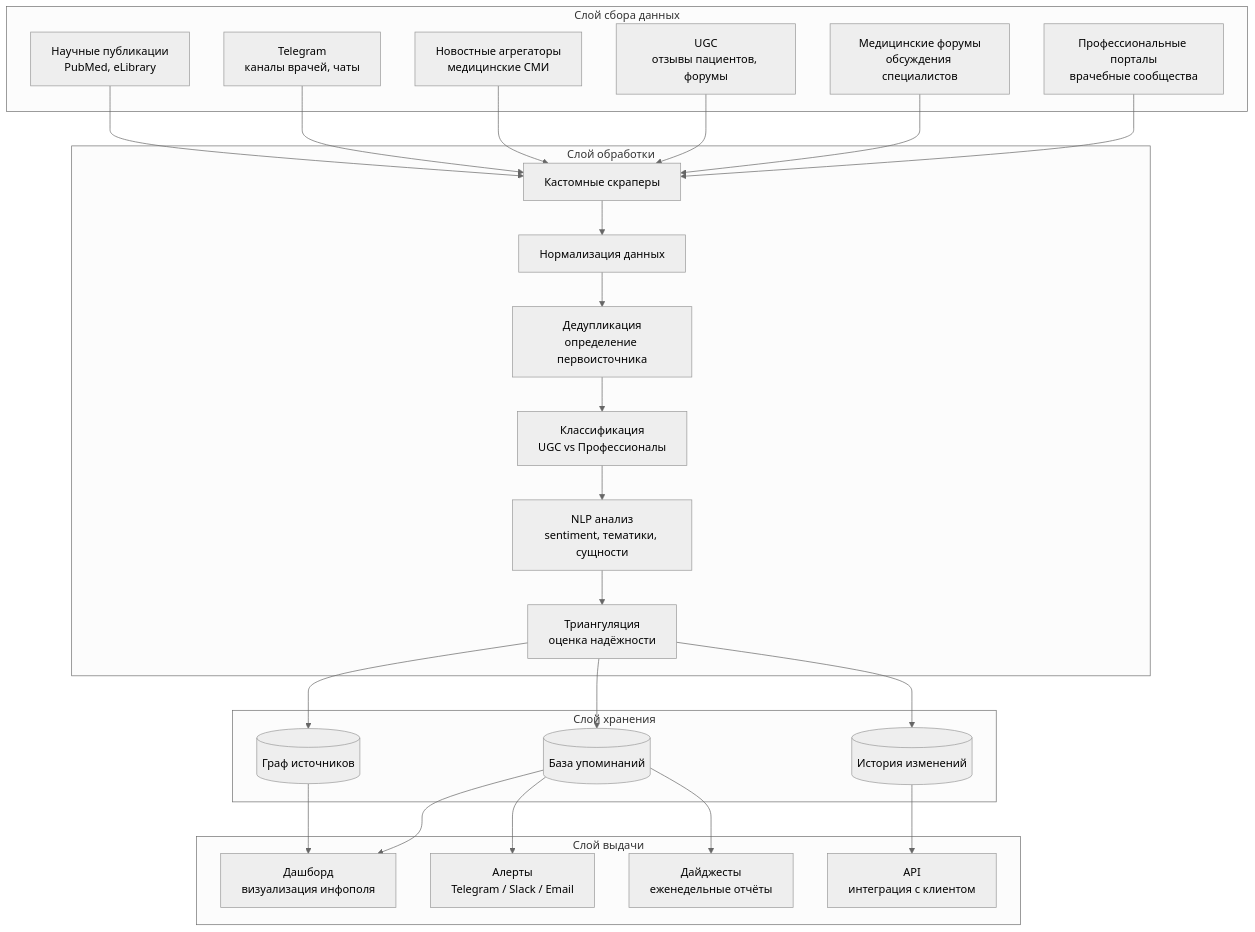
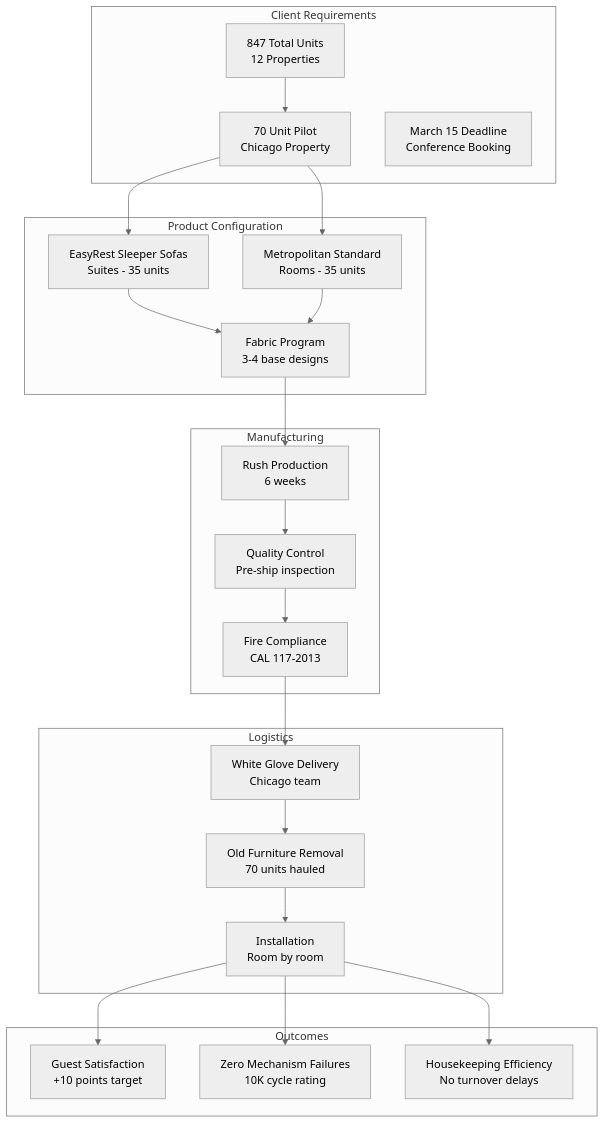
Before and after one commit to vasilievyakov/claude-skill-transcript-to-proposal: the first of 2 diagrams in examples/architecture.md, drawn with Mermaid (neutral theme). The commit also changed other lines of this file and 9 other files, not shown here.

````diff
--- a/examples/architecture.md
+++ b/examples/architecture.md
@@ -5,52 +5,50 @@
 ```mermaid
 graph TB
-    subgraph "Слой сбора данных"
-        S1[Профессиональные порталы<br/>врачебные сообщества]
-        S2[Медицинские форумы<br/>обсуждения специалистов]
-        S3[UGC<br/>отзывы пациентов, форумы]
-        S4[Новостные агрегаторы<br/>медицинские СМИ]
-        S5[Telegram<br/>каналы врачей, чаты]
-        S6[Научные публикации<br/>PubMed, eLibrary]
+    subgraph "Client Requirements"
+        R1[847 Total Units<br/>12 Properties]
+        R2[70 Unit Pilot<br/>Chicago Property]
+        R3[March 15 Deadline<br/>Conference Booking]
     end
 
-    subgraph "Слой обработки"
-        P1[Кастомные скраперы]
-        P2[Нормализация данных]
-        P3[Дедупликация<br/>определение первоисточника]
-        P4[Классификация<br/>UGC vs Профессионалы]
-        P5[NLP анализ<br/>sentiment, тематики, сущности]
-        P6[Триангуляция<br/>оценка надёжности]
+    subgraph "Product Configuration"
+        P1[EasyRest Sleeper Sofas<br/>Suites - 35 units]
+        P2[Metropolitan Standard<br/>Rooms - 35 units]
+        P3[Fabric Program<br/>3-4 base designs]
     end
 
-    subgraph "Слой хранения"
-        D1[(База упоминаний)]
-        D2[(Граф источников)]
-        D3[(История изменений)]
+    subgraph "Manufacturing"
+        M1[Rush Production<br/>6 weeks]
+        M2[Quality Control<br/>Pre-ship inspection]
+        M3[Fire Compliance<br/>CAL 117-2013]
     end
 
-    subgraph "Слой выдачи"
-        O1[Дашборд<br/>визуализация инфополя]
-        O2[Алерты<br/>Telegram / Slack / Email]
-        O3[Дайджесты<br/>еженедельные отчёты]
-        O4[API<br/>интеграция с клиентом]
+    subgraph "Logistics"
+        L1[White Glove Delivery<br/>Chicago team]
+        L2[Old Furniture Removal<br/>70 units hauled]
+        L3[Installation<br/>Room by room]
     end
 
-    S1 --> P1
-    S2 --> P1
-    S3 --> P1
-    S4 --> P1
-    S5 --> P1
-    S6 --> P1
+    subgraph "Outcomes"
+        O1[Guest Satisfaction<br/>+10 points target]
+        O2[Zero Mechanism Failures<br/>10K cycle rating]
+        O3[Housekeeping Efficiency<br/>No turnover delays]
+    end
 
-    P1 --> P2 --> P3 --> P4 --> P5 --> P6
+    R1 --> R2
+    R2 --> P1
+    R2 --> P2
+    P1 --> P3
+    P2 --> P3
 
-    P6 --> D1
-    P6 --> D2
-    P6 --> D3
+    P3 --> M1
+    M1 --> M2
+    M2 --> M3
 
-    D1 --> O1
-    D1 --> O2
-    D1 --> O3
-    D2 --> O1
-    D3 --> O4
+    M3 --> L1
+    L1 --> L2
+    L2 --> L3
+
+    L3 --> O1
+    L3 --> O2
+    L3 --> O3
 ```
````
